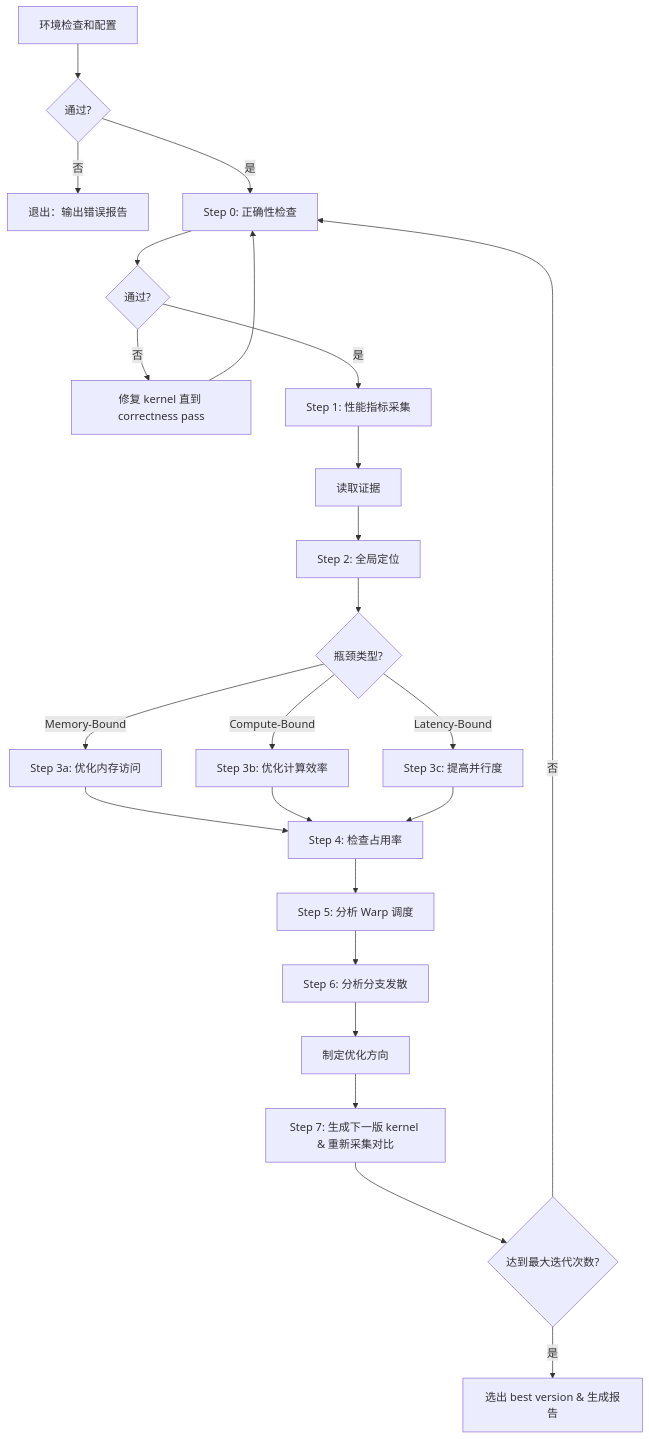
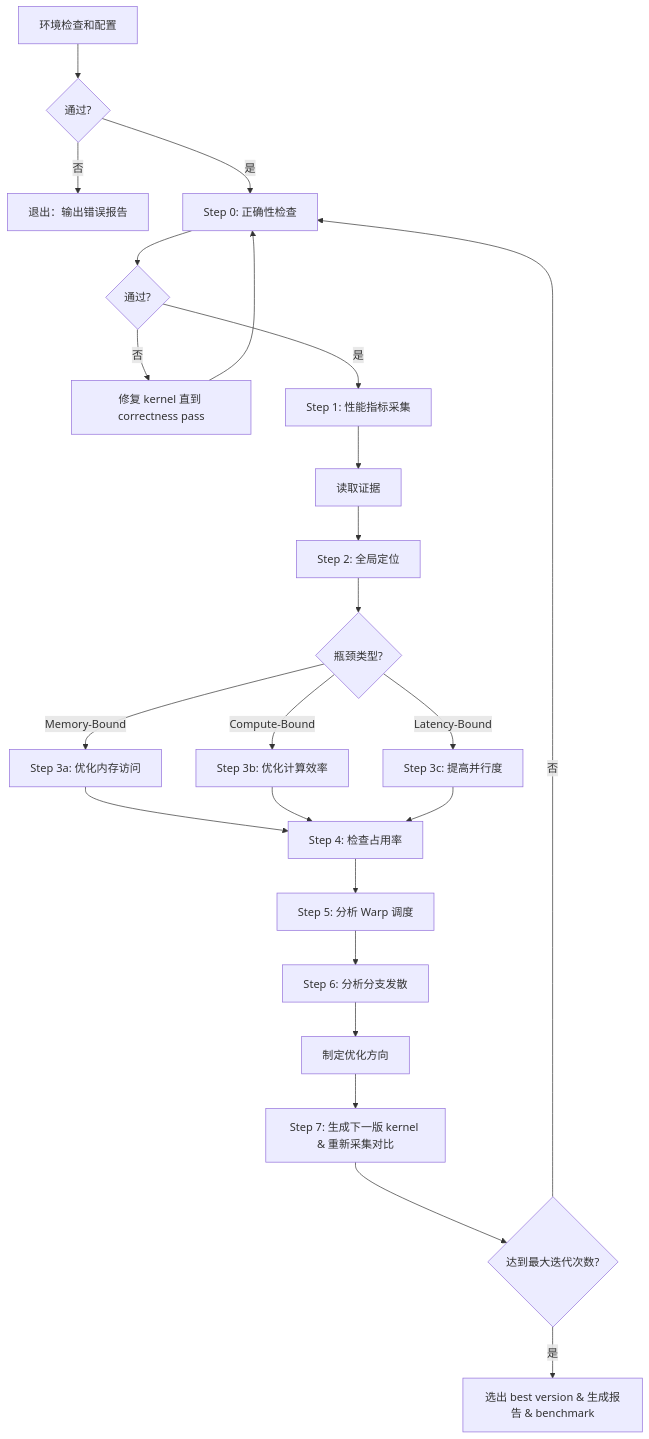
Before and after one commit to fmh66/kernel-opt-skill: the diagram in skills/kernel-opt-skill/SKILL.md, drawn with Mermaid. The commit also changed other lines of this file and 16 other files, not shown here.

````diff
--- a/skills/kernel-opt-skill/SKILL.md
+++ b/skills/kernel-opt-skill/SKILL.md
@@ -10,25 +10,25 @@
 ```mermaid
 flowchart TD
     ENV["环境检查和配置"] --> ENV_Q{通过?}
     ENV_Q -->|否| ENV_FAIL[退出：输出错误报告]
     ENV_Q -->|是| P["Step 0: 正确性检查"] --> Q{通过?}
     Q -->|否| R[修复 kernel 直到 correctness pass]
     R --> P
     Q -->|是| A["Step 1: 性能指标采集"]
     A --> A2["读取证据"]
     A2 --> B[Step 2: 全局定位]
     B --> C{瓶颈类型?}
     C -->|Memory-Bound| D[Step 3a: 优化内存访问]
     C -->|Compute-Bound| E[Step 3b: 优化计算效率]
     C -->|Latency-Bound| F[Step 3c: 提高并行度]
     D --> G[Step 4: 检查占用率]
     E --> G
     F --> G
     G --> H[Step 5: 分析 Warp 调度]
     H --> I[Step 6: 分析分支发散]
     I --> I2["制定优化方向"]
     I2 --> J["Step 7: 生成下一版 kernel & 重新采集对比"]
     J --> K{达到最大迭代次数?}
     K -->|否| P
-    K -->|是| L["选出 best version & 生成报告"]
+    K -->|是| L["选出 best version & 生成报告 & benchmark"]
 ```
````
